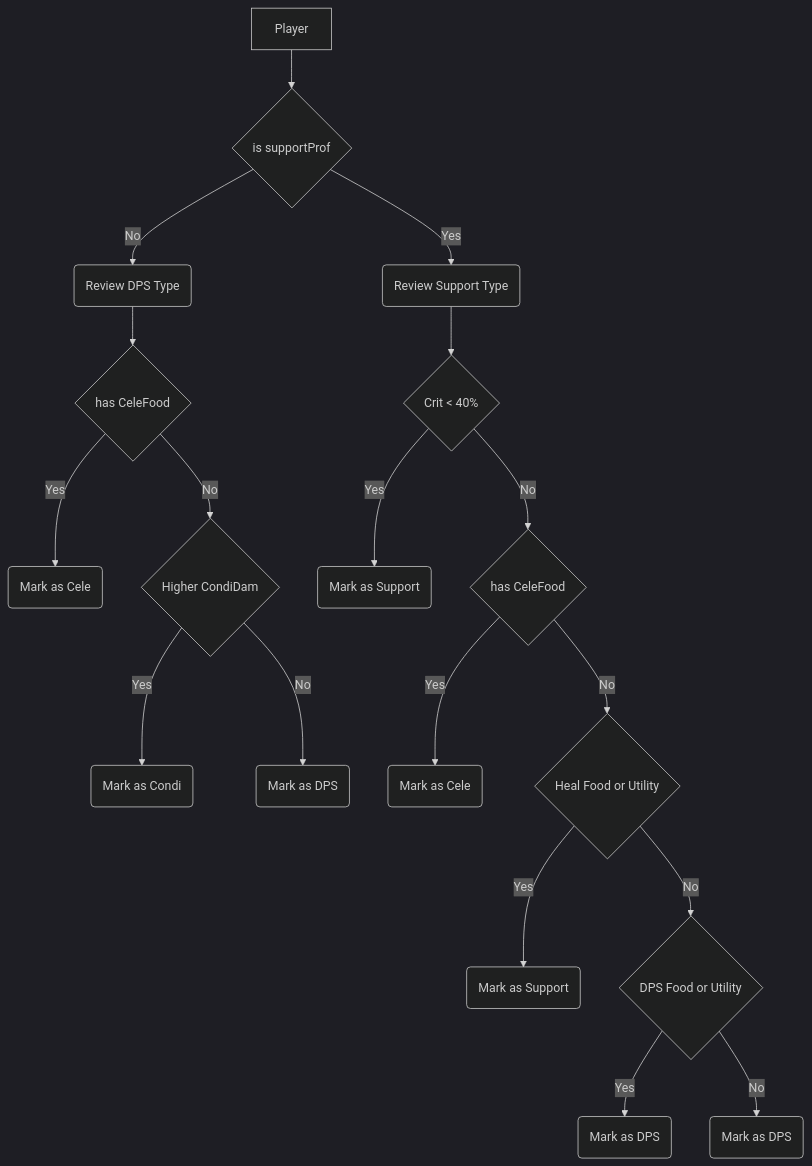
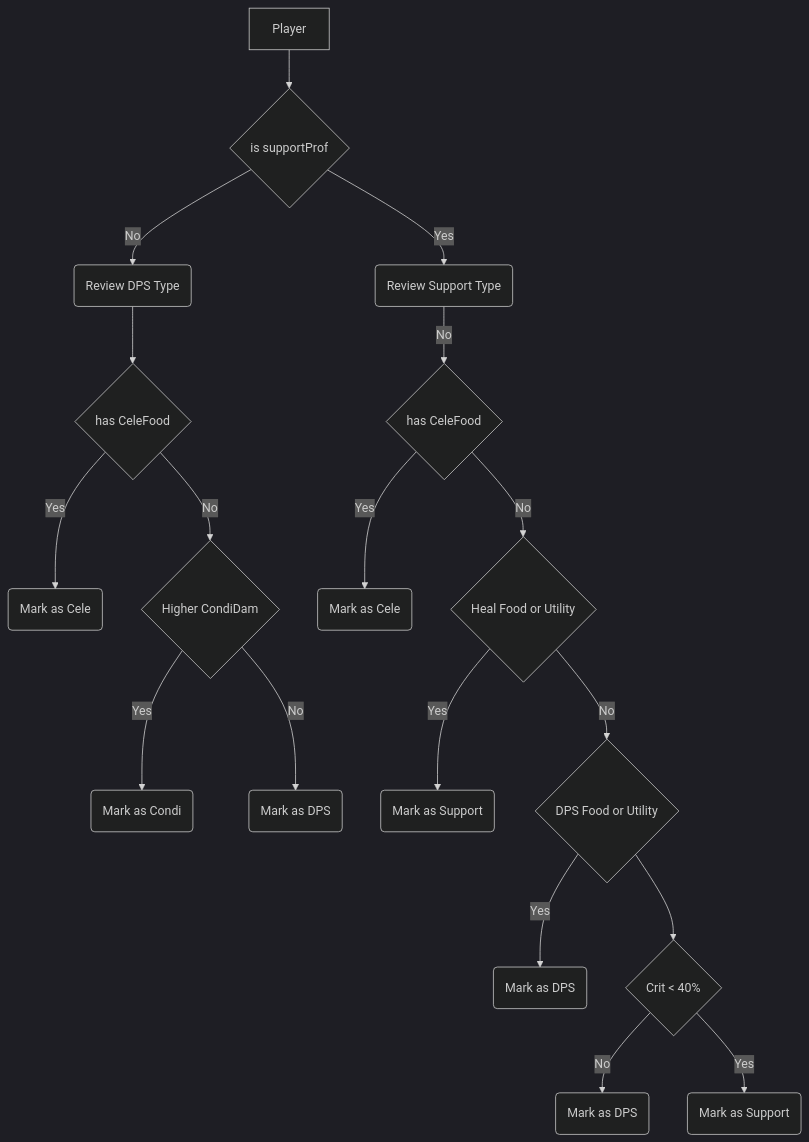
One commit to listba/arcdps_top_stats_parser changed the diagram in RoleDecisionFlow.md. Above: the diagram before and after it, drawn with Mermaid (dark theme).

Commit message:
Adjusted flowchart to align with recent changes

````diff
--- a/RoleDecisionFlow.md
+++ b/RoleDecisionFlow.md
@@ -1,20 +1,20 @@
 ```mermaid
 flowchart TD
     Start[Player] --> a{is supportProf}
     a --> |No| b(Review DPS Type)
     a --> |Yes| c(Review Support Type)
     b --> d{has CeleFood}
     d --> |Yes| e(Mark as Cele)
     d --> |No| f{Higher CondiDam}
     f --> |Yes| g(Mark as Condi)
     f --> |No| h(Mark as DPS)
-    c --> i{Crit < 40%}
-    i --> |Yes|j(Mark as Support)
-    i --> |No|k{has CeleFood}
+    c --> |No|k{has CeleFood}
     k --> |Yes|l(Mark as Cele)
     k --> |No|m{Heal Food or Utility}
     m --> |Yes|n(Mark as Support)
     m --> |No|o{DPS Food or Utility}
     o --> |Yes|p(Mark as DPS)
-    o --> |No|q(Mark as DPS)
+    o --> i{Crit < 40%}
+    i --> |No|q(Mark as DPS)
+    i --> |Yes|j(Mark as Support)
 ```
````
